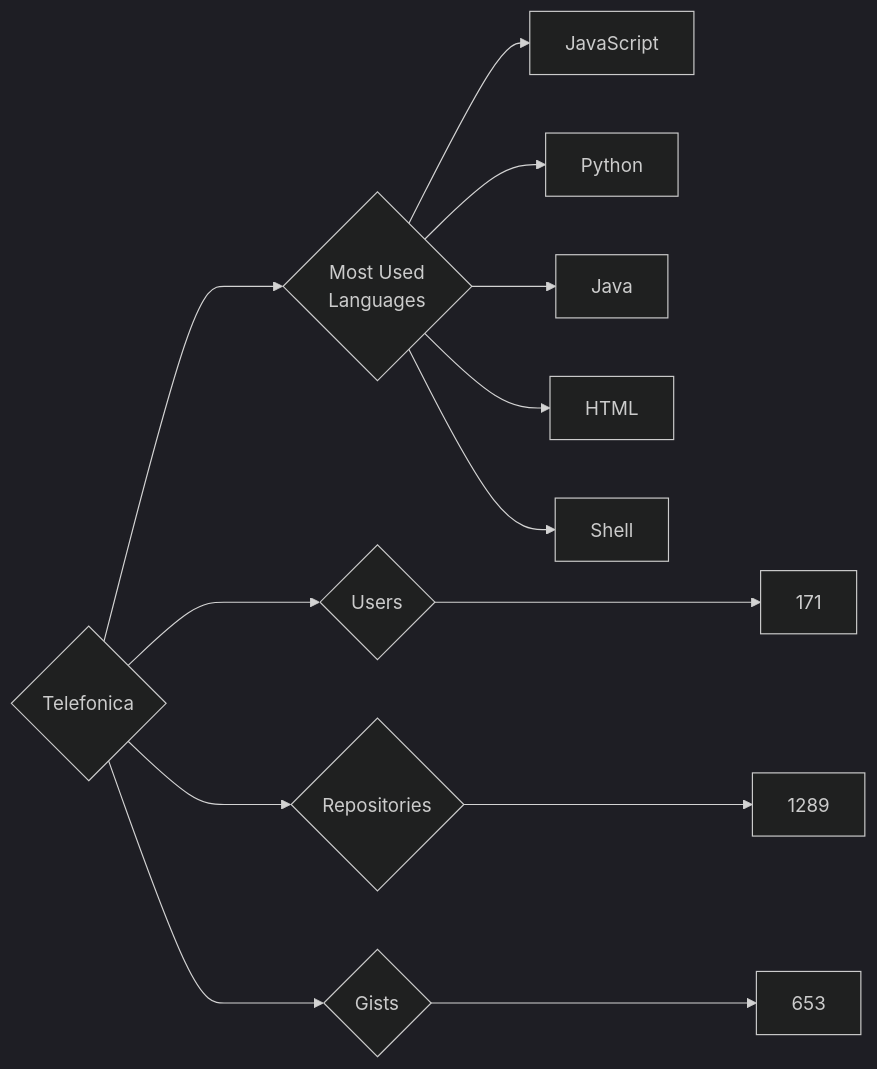
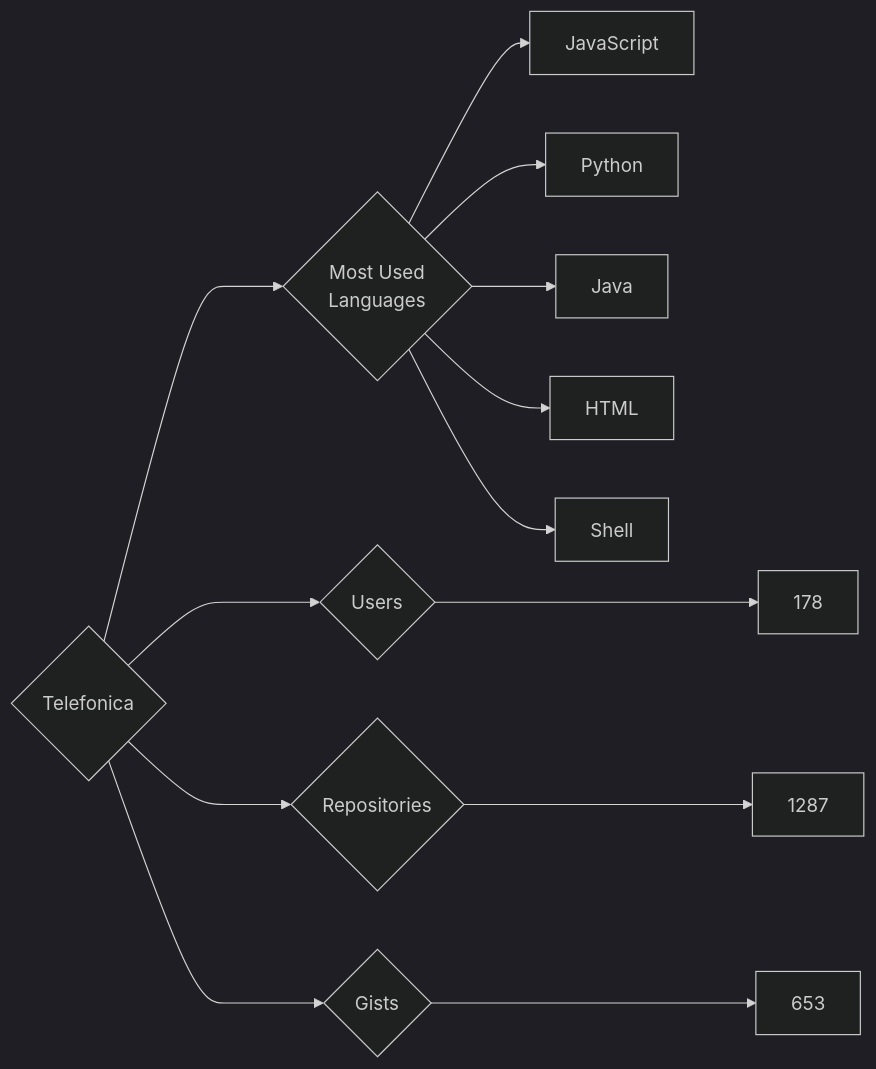
The diagram in targets/Telefonica/README.md (trickest/insiders), drawn with Mermaid (dark theme) before and after one commit. The commit also changed 965 other files, not shown here.

````diff
--- a/targets/Telefonica/README.md
+++ b/targets/Telefonica/README.md
@@ -3,13 +3,13 @@
 ```mermaid
 graph LR
 COMPANY_NAME{Telefonica}
-COMPANY_NAME ---> U{Users} ---> UN[171]
-COMPANY_NAME ---> R{Repositories} ---> RN[1289]
+COMPANY_NAME ---> U{Users} ---> UN[178]
+COMPANY_NAME ---> R{Repositories} ---> RN[1287]
 COMPANY_NAME ---> G{Gists} ---> GN[653]
 COMPANY_NAME ---> ML{Most Used<br>Languages}
 ML --> JavaScript[JavaScript]
 ML --> Python[Python]
 ML --> Java[Java]
 ML --> HTML[HTML]
 ML --> Shell[Shell]
 ```
````
